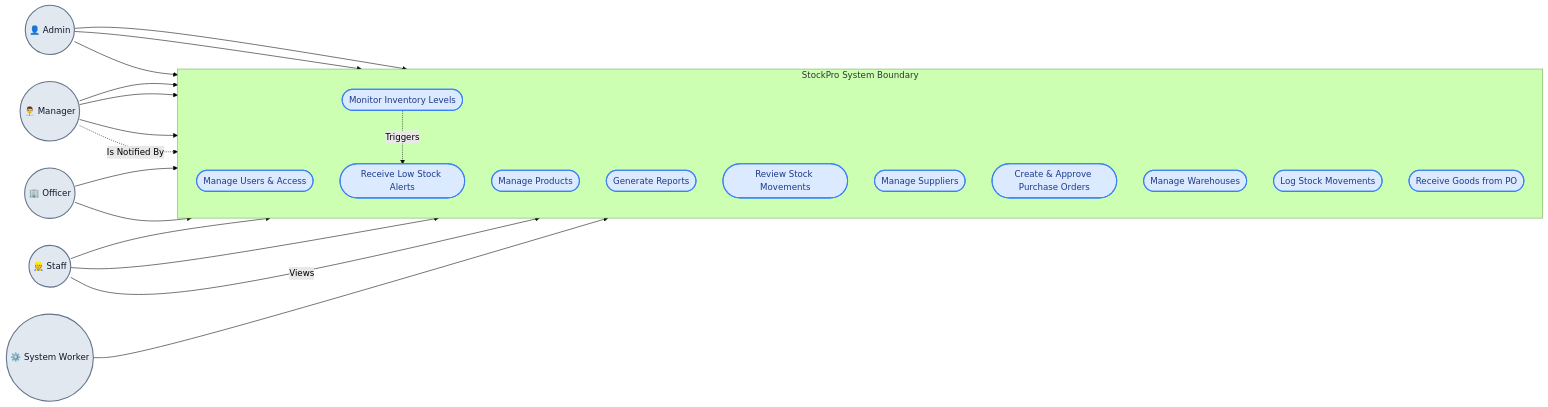
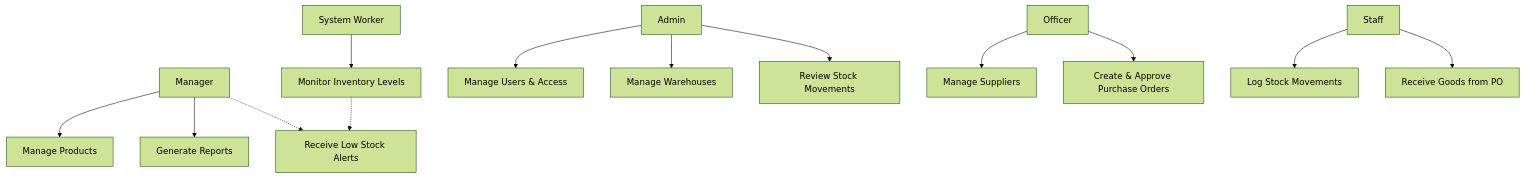
Before and after one commit to ankitrawat2099/StockPro: the first of 6 diagrams in README.md, drawn with Mermaid (forest theme). The commit also changed other lines of this file, not shown here.

````diff
--- a/README.md
+++ b/README.md
@@ -11,62 +11,25 @@
 ```mermaid
-flowchart LR
-    %% Actors
-    Admin((👤 Admin))
-    Manager((👨‍💼 Manager))
-    Officer((🏢 Officer))
-    Staff((👷 Staff))
-    System((⚙️ System Worker))
+graph TD
+    Admin[Admin]
+    Manager[Manager]
+    Officer[Officer]
+    Staff[Staff]
+    System[System Worker]
 
-    %% System Boundary
-    subgraph "StockPro System Boundary"
-        direction TB
-        
-        %% Use Cases
-        UC_Users([Manage Users & Access])
-        
-        UC_Products([Manage Products])
-        UC_Reports([Generate Reports])
-        UC_Movements([Review Stock Movements])
-        UC_Alerts([Receive Low Stock Alerts])
-        
-        UC_Suppliers([Manage Suppliers])
-        UC_PO([Create & Approve Purchase Orders])
-        
-        UC_Warehouses([Manage Warehouses])
-        UC_Stock([Log Stock Movements])
-        UC_Receive([Receive Goods from PO])
-        
-        UC_Monitor([Monitor Inventory Levels])
-    end
+    Admin --> Users[Manage Users & Access]
+    Admin --> Warehouses[Manage Warehouses]
+    Admin --> Movements[Review Stock Movements]
 
-    %% Admin Links
-    Admin --> UC_Users
-    Admin --> UC_Warehouses
-    Admin --> UC_Movements
+    Manager --> Products[Manage Products]
+    Manager --> Reports[Generate Reports]
+    Manager -.-> Alerts[Receive Low Stock Alerts]
 
-    %% Manager Links
-    Manager --> UC_Products
-    Manager --> UC_Reports
-    Manager --> UC_Movements
-    Manager -.->|Is Notified By| UC_Alerts
+    Officer --> Suppliers[Manage Suppliers]
+    Officer --> PO[Create & Approve Purchase Orders]
 
-    %% Officer Links
-    Officer --> UC_Suppliers
-    Officer --> UC_PO
-    
-    %% Staff Links
-    Staff --> UC_Stock
-    Staff --> UC_Receive
-    Staff -->|Views| UC_Warehouses
+    Staff --> Stock[Log Stock Movements]
+    Staff --> Receive[Receive Goods from PO]
 
-    %% System Background Links
-    System --> UC_Monitor
-    UC_Monitor -.->|Triggers| UC_Alerts
-
-    %% Apply basic styling
-    classDef actor fill:#e2e8f0,stroke:#64748b,stroke-width:2px,color:#0f172a
-    classDef usecase fill:#dbeafe,stroke:#3b82f6,stroke-width:2px,color:#1e3a8a
-    
-    class Admin,Manager,Officer,Staff,System actor
-    class UC_Users,UC_Products,UC_Reports,UC_Movements,UC_Alerts,UC_Suppliers,UC_PO,UC_Warehouses,UC_Stock,UC_Receive,UC_Monitor usecase
+    System --> Monitor[Monitor Inventory Levels]
+    Monitor -.-> Alerts
 ```
````
